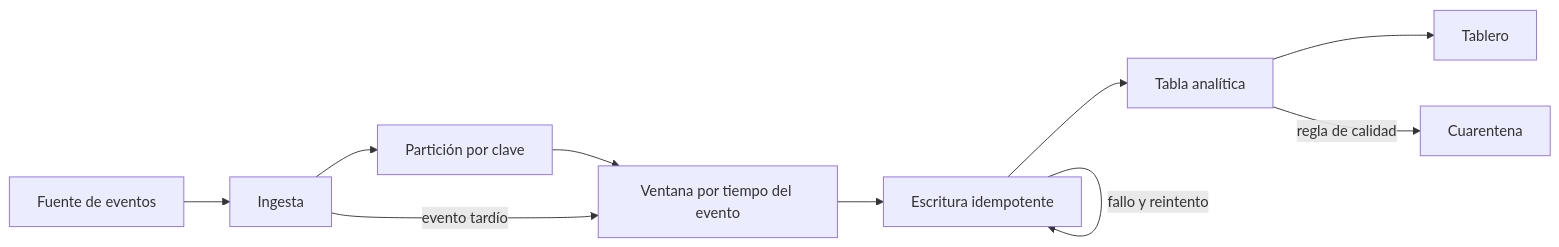
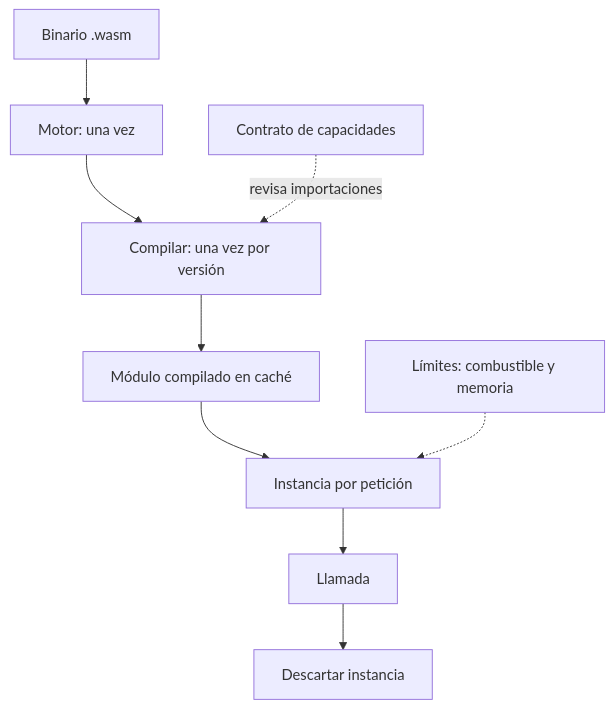
Before and after one commit to vladimiracunadev-create/modern-software-engineering-program: the diagram in content/part-23/SE-278.md, drawn with Mermaid. The commit also changed other lines of this file and 5193 other files, not shown here.

````diff
--- a/content/part-23/SE-278.md
+++ b/content/part-23/SE-278.md
@@ -53,12 +56,11 @@
 ```mermaid
-flowchart LR
-    A[Fuente de eventos] --> B[Ingesta]
-    B --> C[Partición por clave]
-    C --> D[Ventana por tiempo del evento]
-    D --> E[Escritura idempotente]
-    E --> F[Tabla analítica]
-    F --> G[Tablero]
-    B -->|evento tardío| D
-    E -->|fallo y reintento| E
-    F -->|regla de calidad| H[Cuarentena]
+flowchart TD
+    A[Binario .wasm] --> B[Motor: una vez]
+    B --> C[Compilar: una vez por versión]
+    C --> D[Módulo compilado en caché]
+    D --> E[Instancia por petición]
+    E --> F[Llamada]
+    F --> G[Descartar instancia]
+    H[Contrato de capacidades] -.->|revisa importaciones| C
+    I[Límites: combustible y memoria] -.-> E
 ```
````
